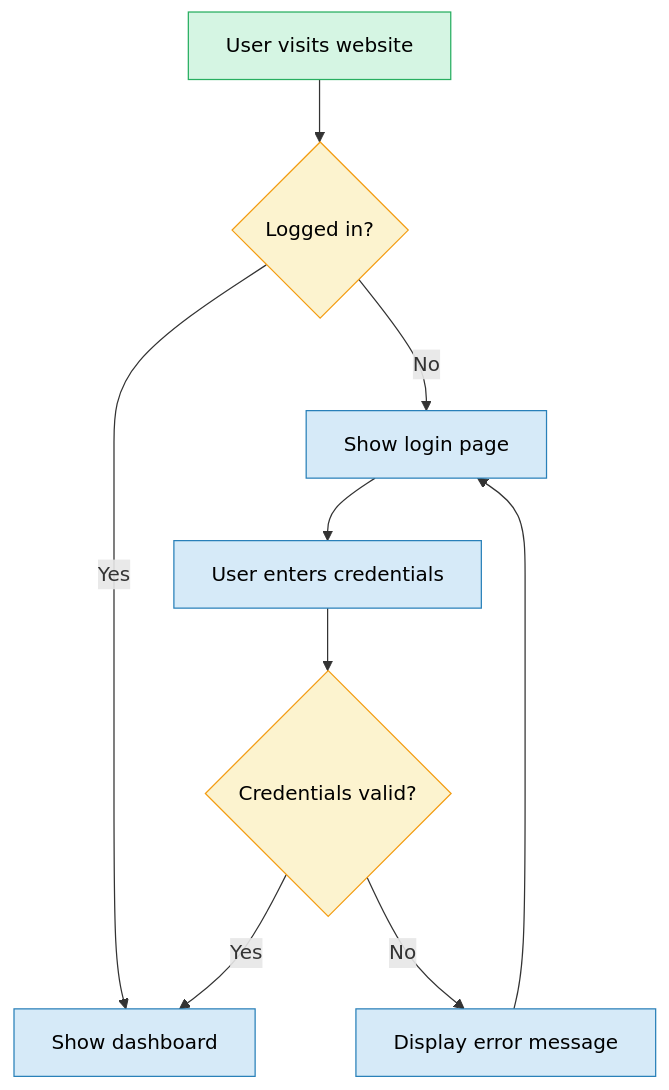
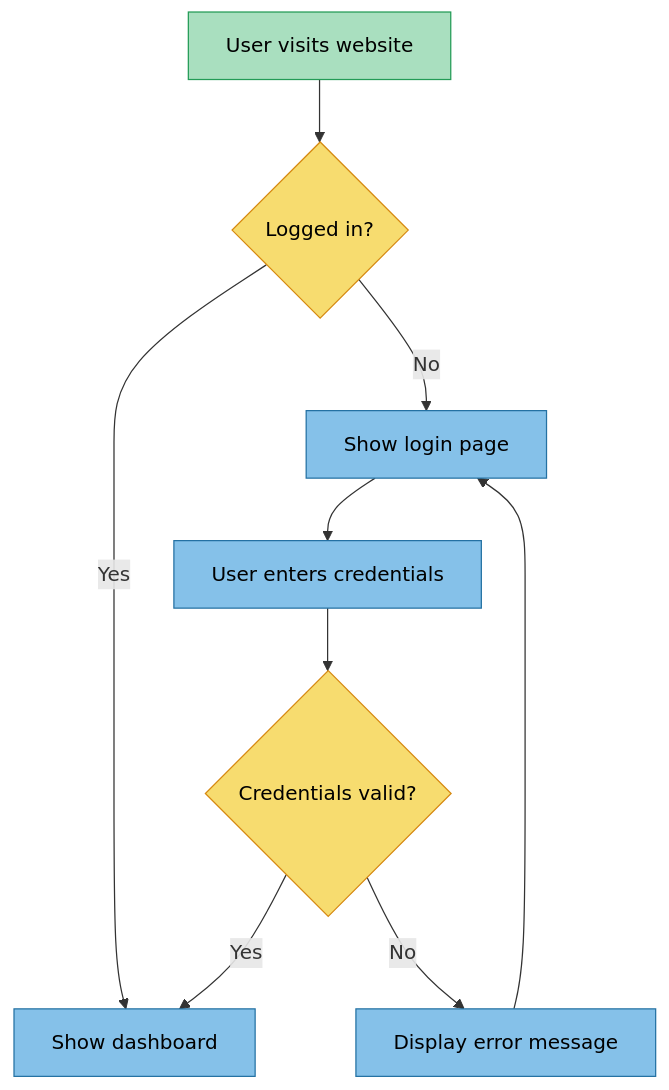
One commit to CCN-Support/CCN_Wiki changed the diagram in docs/source/links-and-forms.rst. Above: the diagram before and after it, drawn with Mermaid. The commit also changed other lines of this file, not shown here.

```diff
--- a/docs/source/links-and-forms.rst
+++ b/docs/source/links-and-forms.rst
@@ -253,20 +253,20 @@
 .. mermaid::
    :caption: Figure 1. User authentication workflow
 
    flowchart TD
        A[User visits website] --> B{Logged in?}
-       B -->|Yes| C[Show dashboard]
-       B -->|No| D[Show login page]
+       B -->| Yes | C[Show dashboard]
+       B -->| No | D[Show login page]
        D --> E[User enters credentials]
        E --> F{Credentials valid?}
-       F -->|Yes| C
-       F -->|No| G[Display error message]
+       F -->| Yes | C
+       F -->| No | G[Display error message]
        G --> D
 
-       classDef start fill:#d5f5e3,stroke:#27ae60,color:#000;
-       classDef decision fill:#fcf3cf,stroke:#f39c12,color:#000;
-       classDef action fill:#d6eaf8,stroke:#2980b9,color:#000;
+       classDef start fill:#a9dfbf,stroke:#239b56,color:#000;
+       classDef decision fill:#f7dc6f,stroke:#d68910,color:#000;
+       classDef action fill:#85c1e9,stroke:#2471a3,color:#000;
 
        class A start;
        class B,F decision;
        class C,D,E,G action;
```
